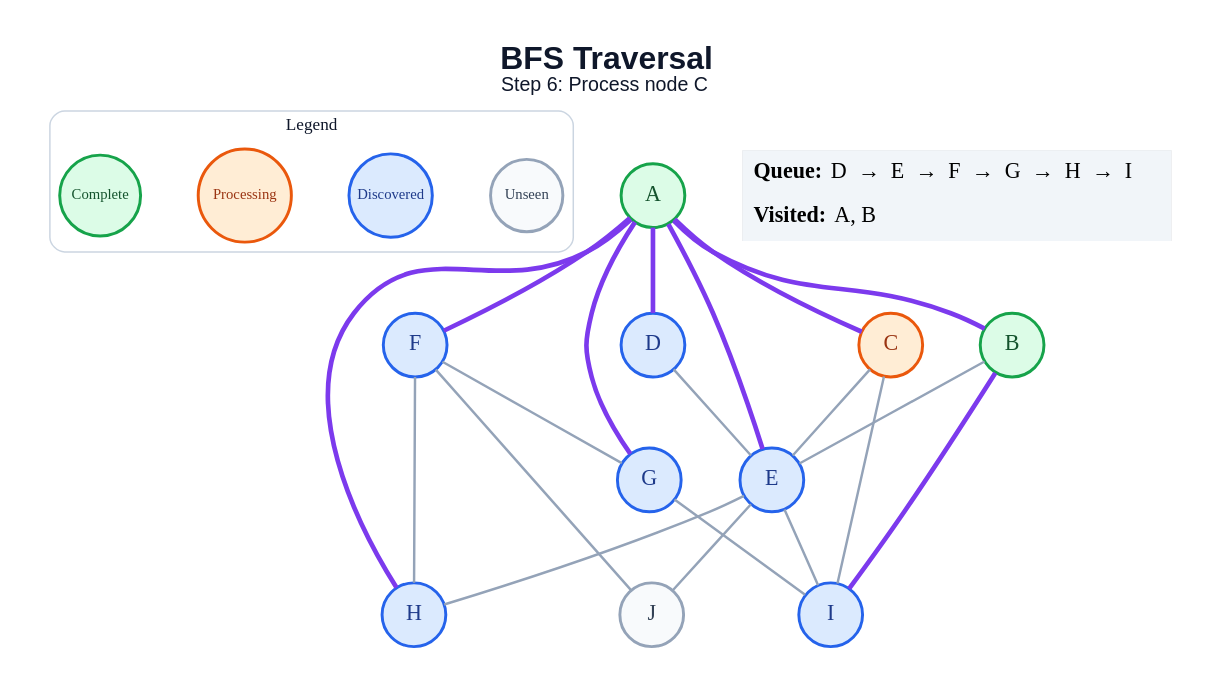
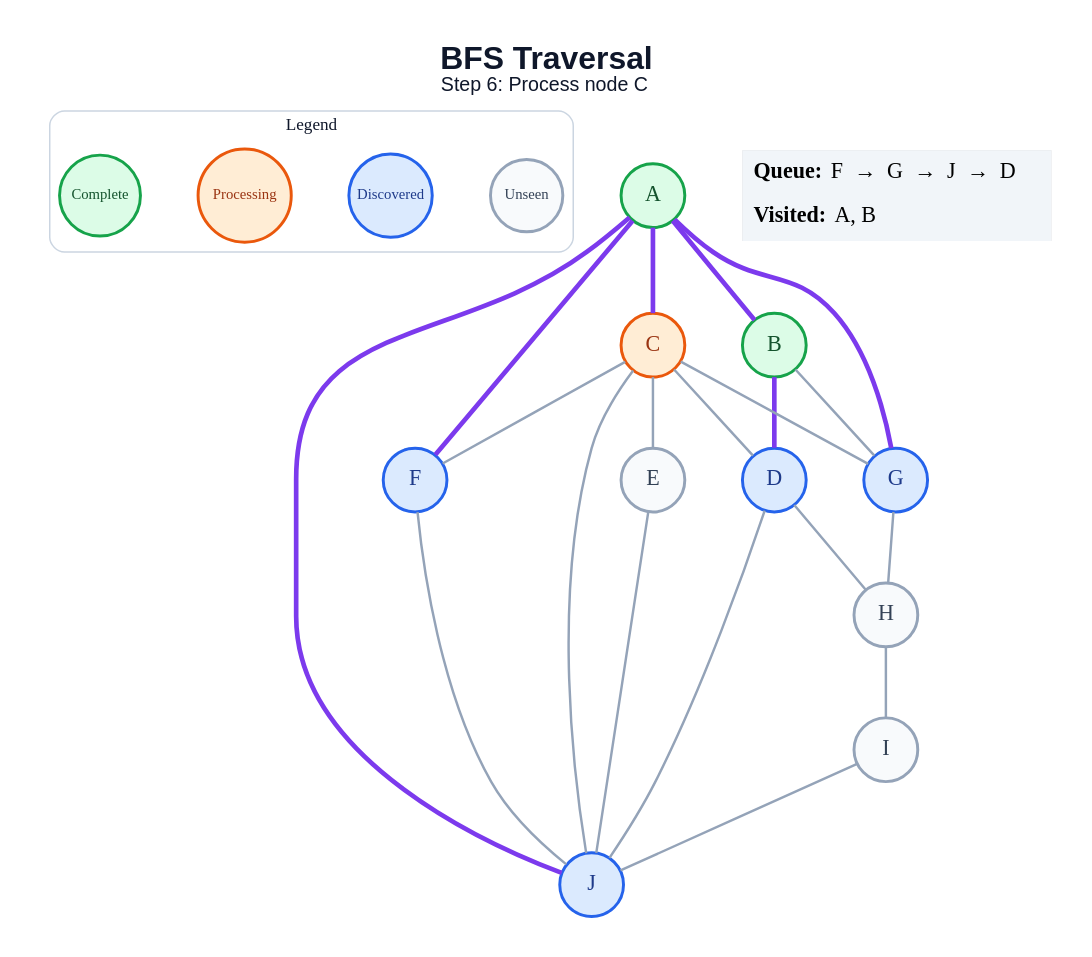
The diagram in generated/bfs/step_06.dot (anon7238593-create/ai-slop), drawn with Graphviz before and after one commit. The commit also changed 178 other files, not shown here.

```diff
--- a/generated/bfs/step_06.dot
+++ b/generated/bfs/step_06.dot
@@ -1,48 +1,48 @@
 graph traversal {
   graph [layout=dot, rankdir=TB, bgcolor="#FFFFFF", pad="0.35", nodesep="0.65", ranksep="0.8", fontname="Arial"];
   node [shape=circle, style="filled", fontname="Arial Bold", fontsize=18, width=0.72, fixedsize=true, penwidth=2.4];
   edge [color="#94A3B8", penwidth=2.0];
   label=<<B>BFS Traversal</B><BR/><FONT POINT-SIZE="16">Step 6: Process node C</FONT>>; labelloc="t"; fontsize=26; fontname="Arial"; fontcolor="#0F172A";
   subgraph cluster_legend { label="Legend"; color="#CBD5E1"; penwidth=1.2; style="rounded"; fontsize=14; fontname="Arial Bold";
     key_unseen [label="Unseen", fillcolor="#F8FAFC", color="#94A3B8", fontcolor="#334155", fontsize=12, width=0.82];
     key_frontier [label="Discovered", fillcolor="#DBEAFE", color="#2563EB", fontcolor="#1E3A8A", fontsize=12, width=0.95];
     key_current [label="Processing", fillcolor="#FFEDD5", color="#EA580C", fontcolor="#9A3412", fontsize=12, width=1.05];
     key_done [label="Complete", fillcolor="#DCFCE7", color="#16A34A", fontcolor="#14532D", fontsize=12, width=0.92];
     { rank=same; key_unseen; key_frontier; key_current; key_done; }
   }
   A [fillcolor="#DCFCE7", color="#16A34A", fontcolor="#14532D"];
   B [fillcolor="#DCFCE7", color="#16A34A", fontcolor="#14532D"];
   C [fillcolor="#FFEDD5", color="#EA580C", fontcolor="#9A3412"];
   D [fillcolor="#DBEAFE", color="#2563EB", fontcolor="#1E3A8A"];
-  E [fillcolor="#DBEAFE", color="#2563EB", fontcolor="#1E3A8A"];
+  E [fillcolor="#F8FAFC", color="#94A3B8", fontcolor="#334155"];
   F [fillcolor="#DBEAFE", color="#2563EB", fontcolor="#1E3A8A"];
   G [fillcolor="#DBEAFE", color="#2563EB", fontcolor="#1E3A8A"];
-  H [fillcolor="#DBEAFE", color="#2563EB", fontcolor="#1E3A8A"];
-  I [fillcolor="#DBEAFE", color="#2563EB", fontcolor="#1E3A8A"];
-  J [fillcolor="#F8FAFC", color="#94A3B8", fontcolor="#334155"];
+  H [fillcolor="#F8FAFC", color="#94A3B8", fontcolor="#334155"];
+  I [fillcolor="#F8FAFC", color="#94A3B8", fontcolor="#334155"];
+  J [fillcolor="#DBEAFE", color="#2563EB", fontcolor="#1E3A8A"];
   A -- B [color="#7C3AED", penwidth=3.8];
   A -- C [color="#7C3AED", penwidth=3.8];
-  A -- D [color="#7C3AED", penwidth=3.8];
-  A -- E [color="#7C3AED", penwidth=3.8];
   A -- F [color="#7C3AED", penwidth=3.8];
   A -- G [color="#7C3AED", penwidth=3.8];
-  A -- H [color="#7C3AED", penwidth=3.8];
-  B -- E;
-  B -- I [color="#7C3AED", penwidth=3.8];
+  A -- J [color="#7C3AED", penwidth=3.8];
+  B -- D [color="#7C3AED", penwidth=3.8];
+  B -- G;
+  C -- D;
   C -- E;
-  C -- I;
-  D -- E;
-  E -- H;
-  E -- I;
+  C -- F;
+  C -- G;
+  C -- J;
+  D -- H;
+  D -- J;
   E -- J;
-  F -- G;
-  F -- H;
   F -- J;
-  G -- I;
+  G -- H;
+  H -- I;
+  I -- J;
   status [shape=plain, fixedsize=false, width=0, height=0, margin=0, label=<
     <TABLE BORDER="0" CELLBORDER="0" CELLPADDING="7" BGCOLOR="#F1F5F9">
-      <TR><TD ALIGN="LEFT"><B>Queue:</B> D  →  E  →  F  →  G  →  H  →  I</TD></TR>
+      <TR><TD ALIGN="LEFT"><B>Queue:</B> F  →  G  →  J  →  D</TD></TR>
       <TR><TD ALIGN="LEFT"><B>Visited:</B> A, B</TD></TR>
     </TABLE>
   >];
 }
```
